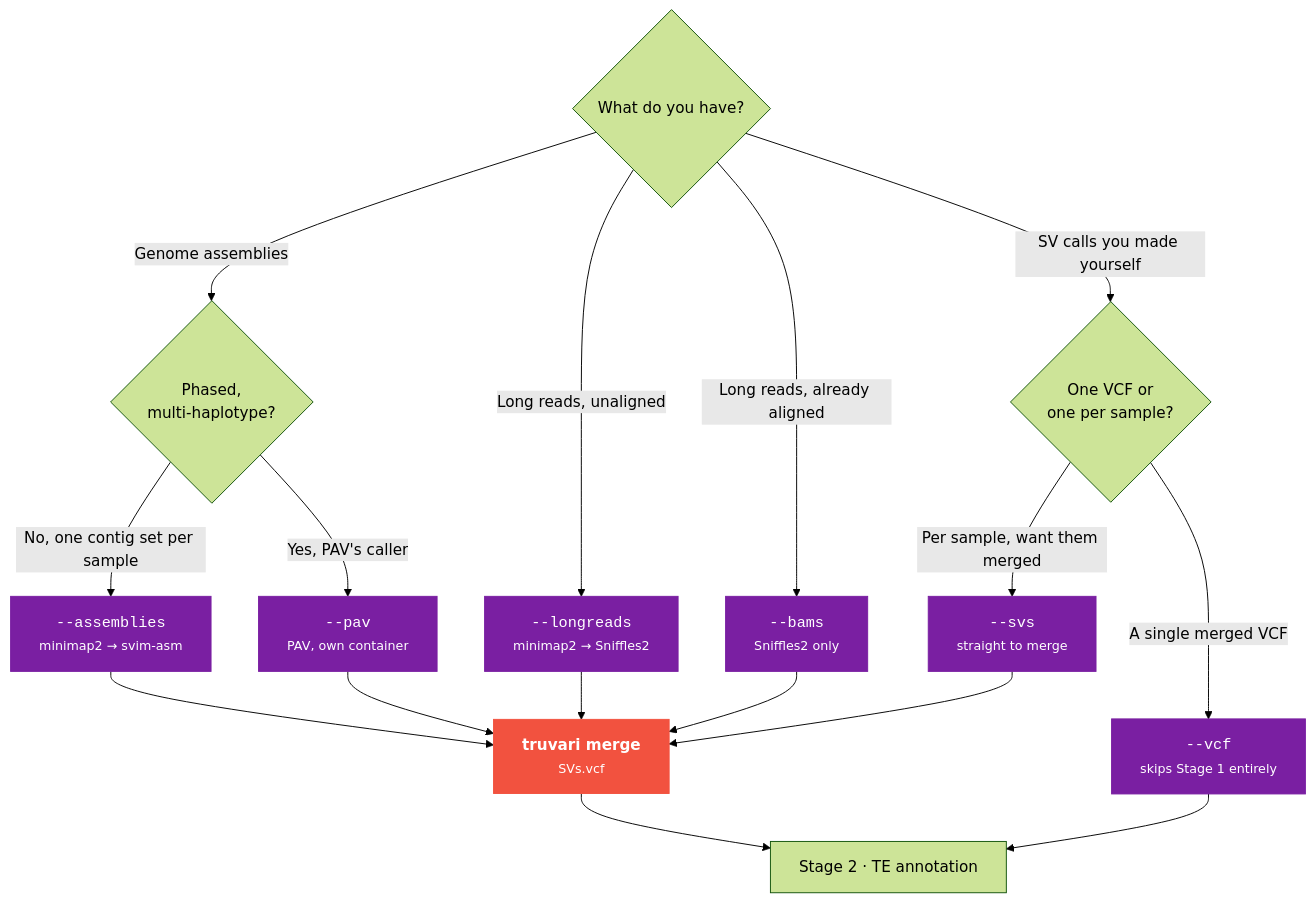
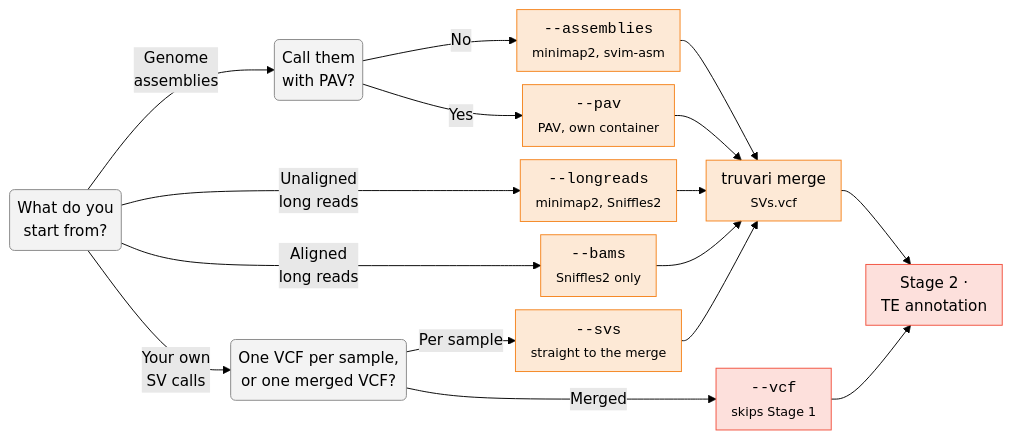
The diagram in docs/guides/discovery.md (cgroza/GraffiTE), drawn with Mermaid (forest theme) before and after one commit. The commit also changed 6 other files, not shown here.

````diff
--- a/docs/guides/discovery.md
+++ b/docs/guides/discovery.md
@@ -25,28 +25,28 @@
 ```mermaid
-flowchart TD
-    Q0{"What do you have?"}
-
-    Q0 -->|Genome assemblies| Q1{"Phased,<br/>multi-haplotype?"}
-    Q0 -->|Long reads, unaligned| LR["<code>--longreads</code><br/><small>minimap2 → Sniffles2</small>"]
-    Q0 -->|Long reads, already aligned| BM["<code>--bams</code><br/><small>Sniffles2 only</small>"]
-    Q0 -->|SV calls you made yourself| Q2{"One VCF or<br/>one per sample?"}
-
-    Q1 -->|"No, one contig set per sample"| SA["<code>--assemblies</code><br/><small>minimap2 → svim-asm</small>"]
-    Q1 -->|"Yes, PAV's caller"| PV["<code>--pav</code><br/><small>PAV, own container</small>"]
-
-    Q2 -->|"Per sample, want them merged"| SV["<code>--svs</code><br/><small>straight to merge</small>"]
-    Q2 -->|"A single merged VCF"| VC["<code>--vcf</code><br/><small>skips Stage 1 entirely</small>"]
-
-    SA --> M["<b>truvari merge</b><br/><small>SVs.vcf</small>"]
+%%{init: {"flowchart": {"nodeSpacing": 14, "rankSpacing": 26, "padding": 8}}}%%
+flowchart LR
+    Q0("What do you<br/>start from?")
+    Q0 -->|"Genome<br/>assemblies"| Q1("Call them<br/>with PAV?")
+    Q1 -->|"No"| SA["<code>--assemblies</code><br/><small>minimap2, svim-asm</small>"]
+    Q1 -->|"Yes"| PV["<code>--pav</code><br/><small>PAV, own container</small>"]
+    Q0 -->|"Unaligned<br/>long reads"| LR["<code>--longreads</code><br/><small>minimap2, Sniffles2</small>"]
+    Q0 -->|"Aligned<br/>long reads"| BM["<code>--bams</code><br/><small>Sniffles2 only</small>"]
+    Q0 -->|"Your own<br/>SV calls"| Q2("One VCF per sample,<br/>or one merged VCF?")
+    Q2 -->|"Per sample"| SV["<code>--svs</code><br/><small>straight to the merge</small>"]
+    Q2 -->|"Merged"| VC["<code>--vcf</code><br/><small>skips Stage 1</small>"]
+    SA --> M["truvari merge<br/><small>SVs.vcf</small>"]
     PV --> M
     LR --> M
     BM --> M
     SV --> M
-    M --> B["Stage 2 · TE annotation"]
+    M --> B["Stage 2 ·<br/>TE annotation"]
     VC --> B
 
-    classDef entry fill:#7a1fa2,stroke:#7a1fa2,color:#fff;
-    classDef merge fill:#f2523f,stroke:#f2523f,color:#fff;
-    class SA,PV,LR,BM,SV,VC entry;
-    class M merge;
+    classDef q fill:#8888881a,stroke:#888888;
+    classDef s1 fill:#f5851f2e,stroke:#f5851f;
+    classDef s2 fill:#f2523f2e,stroke:#f2523f;
+    classDef s3 fill:#3d63c92e,stroke:#3d63c9;
+    class Q0,Q1,Q2 q;
+    class SA,PV,LR,BM,SV,M s1;
+    class VC,B s2;
 ```
````
